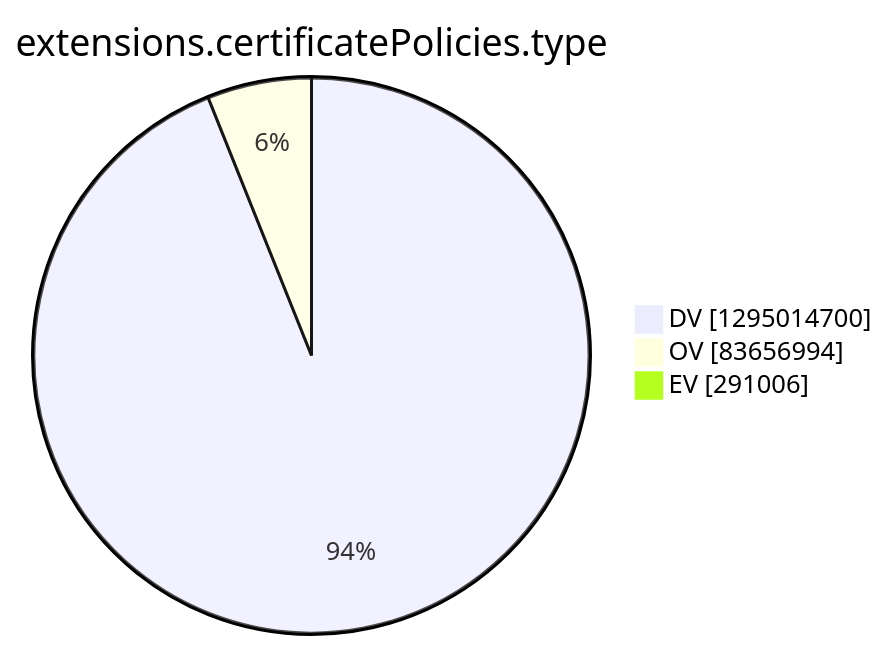
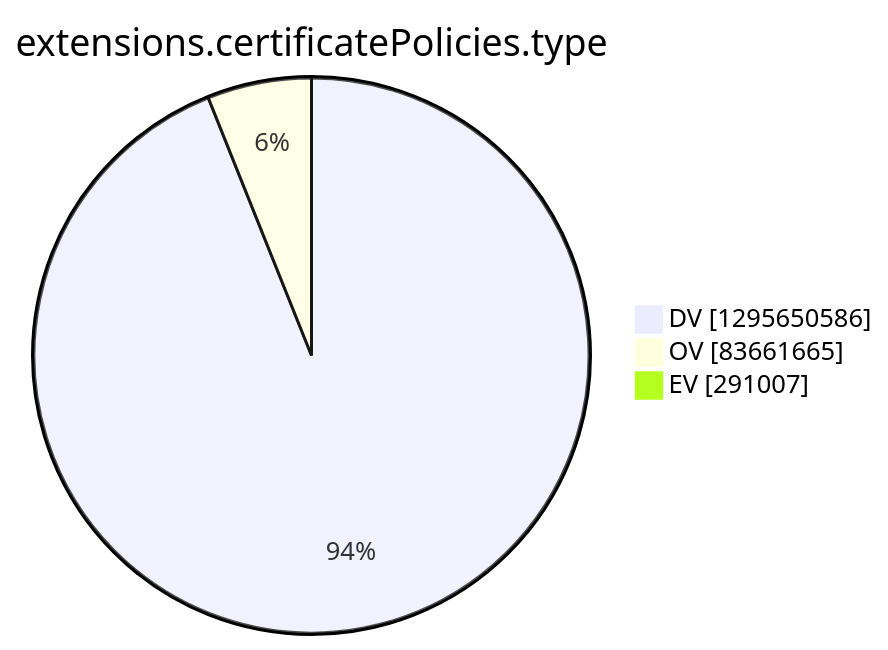
One commit to christiankrug/ctmonitor_visualization changed the tenth of 15 diagrams in argon2022/README.md. Above: the diagram before and after it, drawn with Mermaid. The commit also changed other lines of this file, not shown here.

````diff
--- a/argon2022/README.md
+++ b/argon2022/README.md
@@ -2772,7 +2772,7 @@
 ```mermaid
 pie showData
 title extensions.certificatePolicies.type
-"DV" :1295014700
-"OV" :83656994
-"EV" :291006
+"DV" :1295650586
+"OV" :83661665
+"EV" :291007
 ```
````
